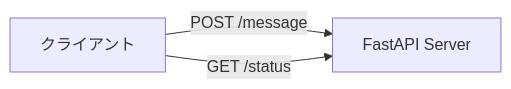
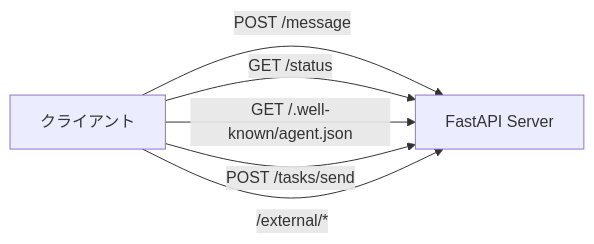
The second of 3 diagrams in guides/references.md (s-hiraoku/synapse-a2a), drawn with Mermaid before and after one commit. The commit also changed other lines of this file and 5 other files, not shown here.

First line of the commit message:
Add external Google A2A agent connectivity

````diff
--- a/guides/references.md
+++ b/guides/references.md
@@ -192,8 +311,11 @@
 ```mermaid
 flowchart LR
     Client["クライアント"]
     Server["FastAPI Server"]
 
     Client -->|"POST /message"| Server
     Client -->|"GET /status"| Server
+    Client -->|"GET /.well-known/agent.json"| Server
+    Client -->|"POST /tasks/send"| Server
+    Client -->|"/external/*"| Server
 ```
````
